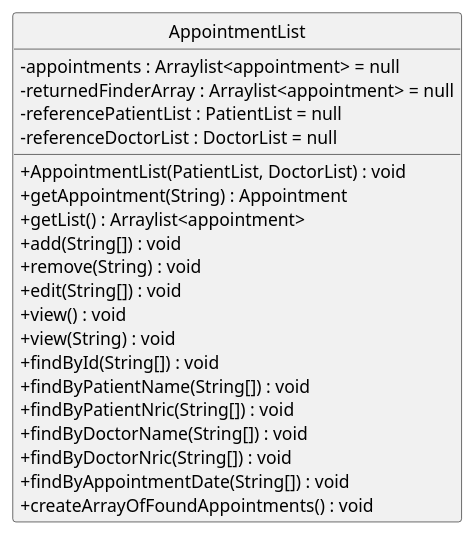
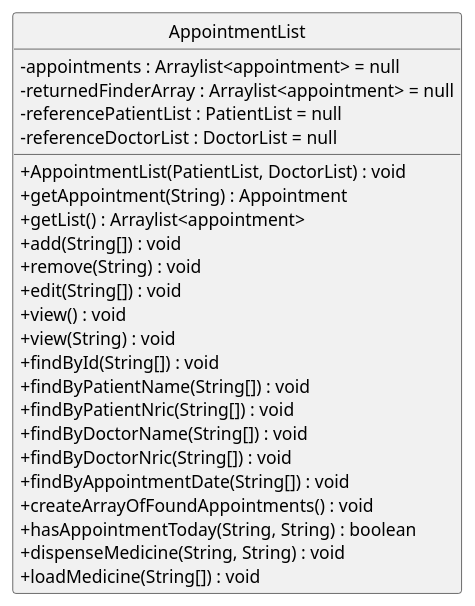
The diagram in docs/diagrams/AppointmentListUML.puml (nus-cs2113-AY2122S2/tp), drawn with PlantUML before and after one commit. The commit also changed 3 other files, not shown here.

Commit message:
Update appt and apptList UML images to reflect new methods

```diff
--- a/docs/diagrams/AppointmentListUML.puml
+++ b/docs/diagrams/AppointmentListUML.puml
@@ -1,26 +1,29 @@
 @startuml
 hide circle
 skinparam classAttributeIconSize 0
 class AppointmentList {
 -appointments : Arraylist<appointment> = null
 -returnedFinderArray : Arraylist<appointment> = null
 -referencePatientList : PatientList = null
 -referenceDoctorList : DoctorList = null
 +AppointmentList(PatientList, DoctorList) : void
 +getAppointment(String) : Appointment
 +getList() : Arraylist<appointment>
 +add(String[]) : void
 +remove(String) : void
 +edit(String[]) : void
 +view() : void
 +view(String) : void
 +findById(String[]) : void
 +findByPatientName(String[]) : void
 +findByPatientNric(String[]) : void
 +findByDoctorName(String[]) : void
 +findByDoctorNric(String[]) : void
 +findByAppointmentDate(String[]) : void
 +createArrayOfFoundAppointments() : void
++hasAppointmentToday(String, String) : boolean
++dispenseMedicine(String, String) : void
++loadMedicine(String[]) : void
 }
 
 @enduml
```
